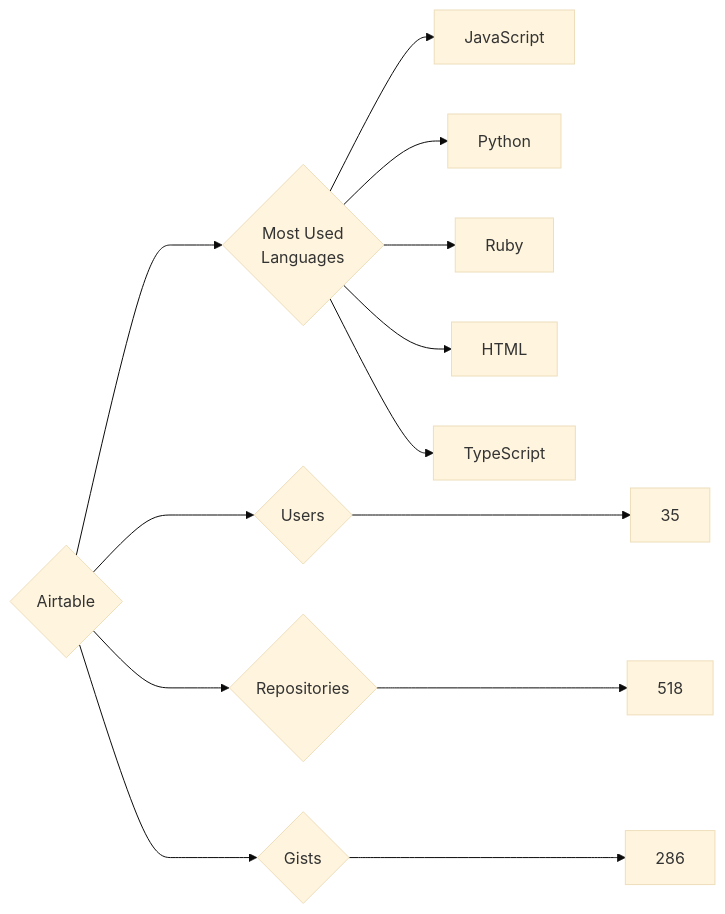
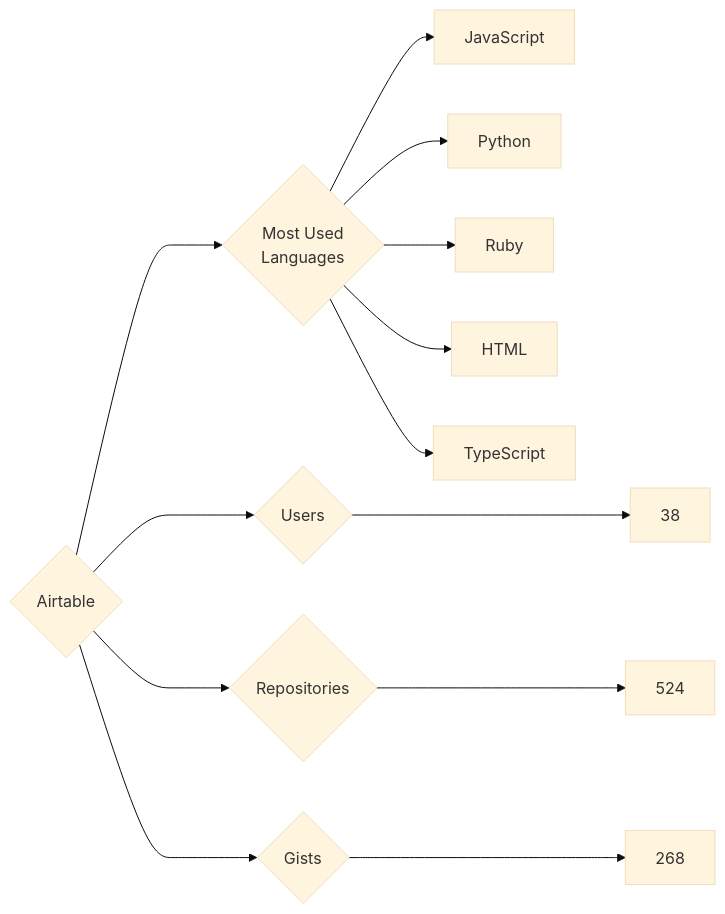
The diagram in targets/Airtable/README.md (trickest/insiders), drawn with Mermaid (base theme) before and after one commit. The commit also changed 636 other files, not shown here.

````diff
--- a/targets/Airtable/README.md
+++ b/targets/Airtable/README.md
@@ -3,13 +3,13 @@
 ```mermaid
 graph LR
 COMPANY_NAME{Airtable}
-COMPANY_NAME ---> U{Users} ---> UN[35]
-COMPANY_NAME ---> R{Repositories} ---> RN[518]
-COMPANY_NAME ---> G{Gists} ---> GN[286]
+COMPANY_NAME ---> U{Users} ---> UN[38]
+COMPANY_NAME ---> R{Repositories} ---> RN[524]
+COMPANY_NAME ---> G{Gists} ---> GN[268]
 COMPANY_NAME ---> ML{Most Used<br>Languages}
 ML --> JavaScript[JavaScript]
 ML --> Python[Python]
 ML --> Ruby[Ruby]
 ML --> HTML[HTML]
 ML --> TypeScript[TypeScript]
 ```
````
